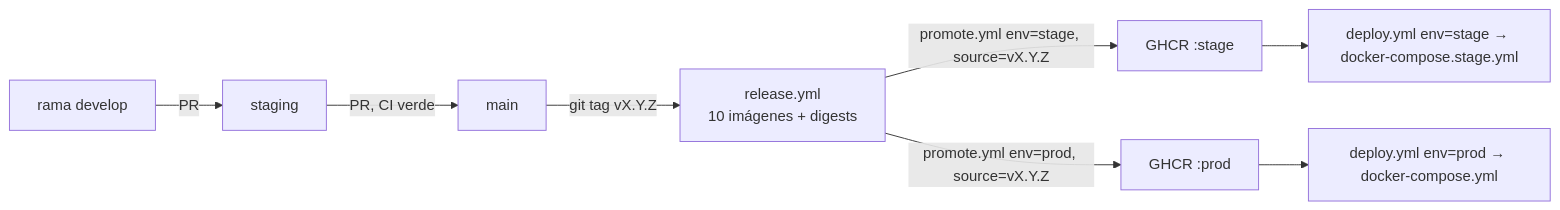
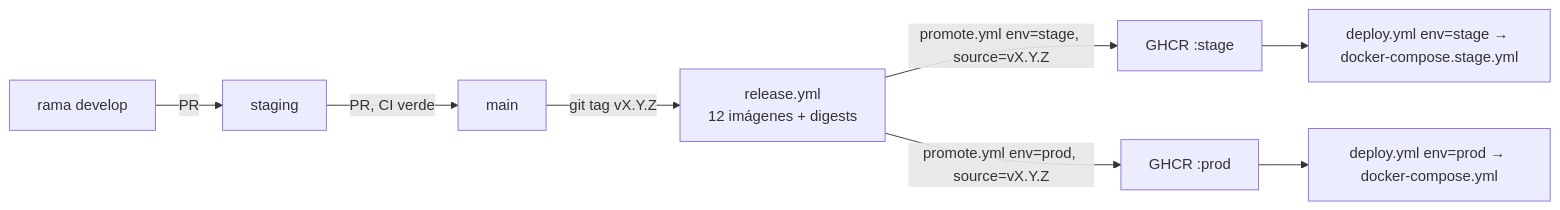
One commit to xozan845-ctrl/core-engine changed the diagram in docs/runbook-entrega.md. Above: the diagram before and after it, drawn with Mermaid. The commit also changed other lines of this file and 672 other files, not shown here.

````diff
--- a/docs/runbook-entrega.md
+++ b/docs/runbook-entrega.md
@@ -19,10 +19,10 @@
 ```mermaid
 flowchart LR
     A[rama develop] -->|PR| B[staging]
     B -->|PR, CI verde| C[main]
-    C -->|git tag vX.Y.Z| R["release.yml\n10 imágenes + digests"]
+    C -->|git tag vX.Y.Z| R["release.yml\n12 imágenes + digests"]
     R -->|"promote.yml env=stage, source=vX.Y.Z"| S["GHCR :stage"]
     R -->|"promote.yml env=prod, source=vX.Y.Z"| P["GHCR :prod"]
     S --> DS[deploy.yml env=stage → docker-compose.stage.yml]
     P --> DP[deploy.yml env=prod → docker-compose.yml]
 ```
````
